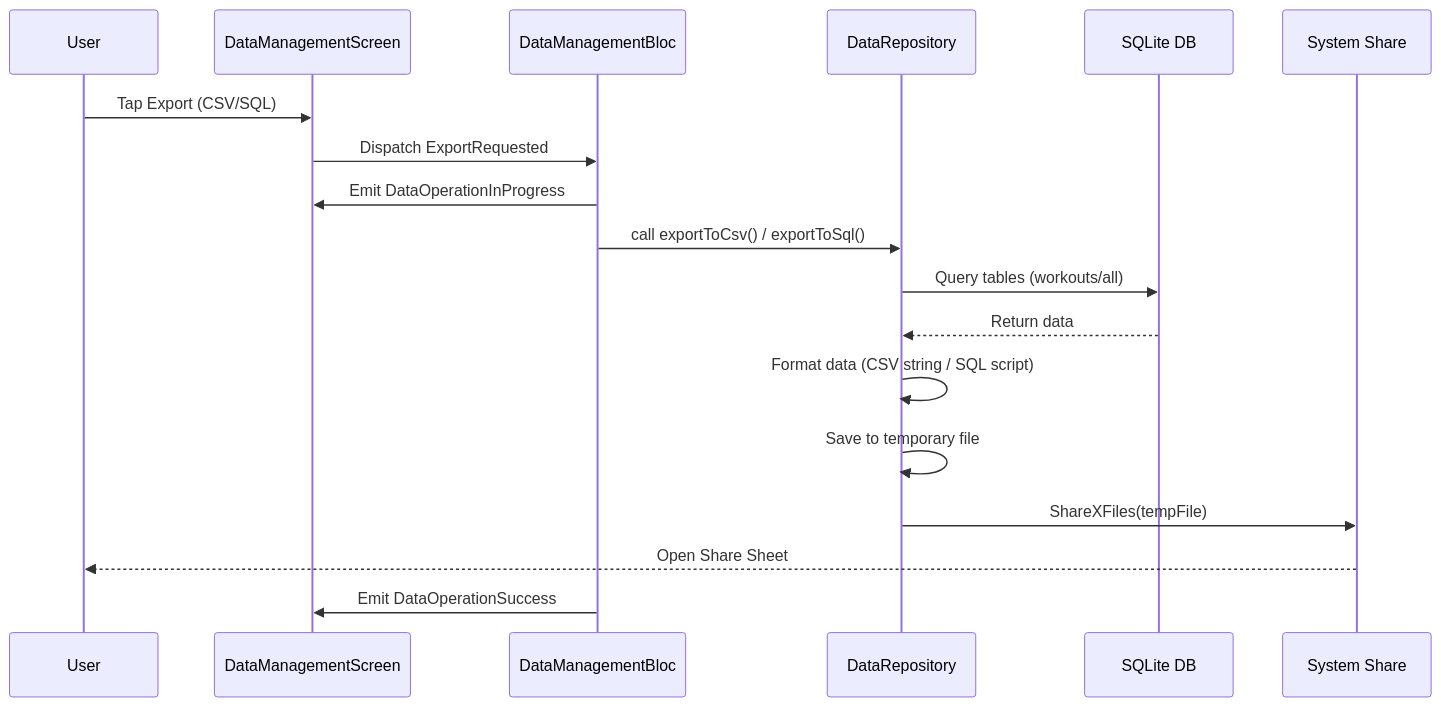
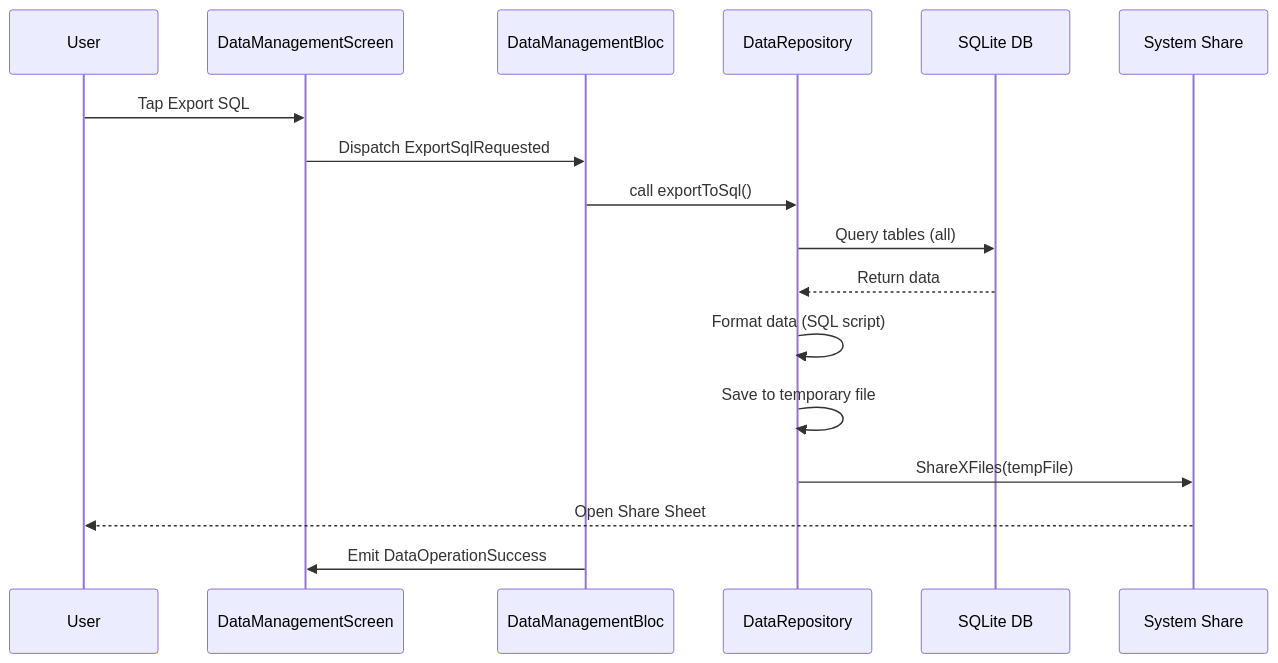
The first of 3 diagrams in docs/import_export_spec.md (james-t-larson/frictionless-improvement-tracker), drawn with Mermaid before and after one commit. The commit also changed other lines of this file and 1 other file, not shown here.

First line of the commit message:
feat(dashboard): remove CSV export and simplify sidebar

````diff
--- a/docs/import_export_spec.md
+++ b/docs/import_export_spec.md
@@ -31,21 +22,20 @@
 ```mermaid
 sequenceDiagram
     participant User
     participant UI as DataManagementScreen
     participant Bloc as DataManagementBloc
     participant Repo as DataRepository
     participant DB as SQLite DB
     participant Share as System Share
 
-    User->>UI: Tap Export (CSV/SQL)
-    UI->>Bloc: Dispatch ExportRequested
-    Bloc->>UI: Emit DataOperationInProgress
-    Bloc->>Repo: call exportToCsv() / exportToSql()
-    Repo->>DB: Query tables (workouts/all)
+    User->>UI: Tap Export SQL
+    UI->>Bloc: Dispatch ExportSqlRequested
+    Bloc->>Repo: call exportToSql()
+    Repo->>DB: Query tables (all)
     DB-->>Repo: Return data
-    Repo->>Repo: Format data (CSV string / SQL script)
+    Repo->>Repo: Format data (SQL script)
     Repo->>Repo: Save to temporary file
     Repo->>Share: ShareXFiles(tempFile)
     Share-->>User: Open Share Sheet
     Bloc->>UI: Emit DataOperationSuccess
 ```
````
